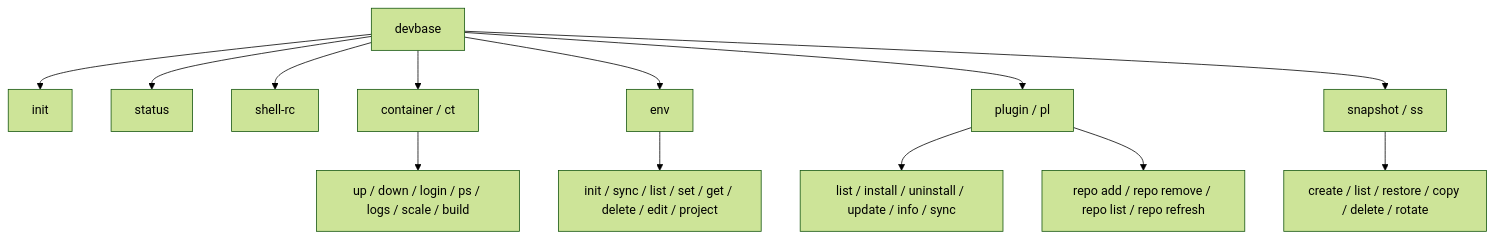
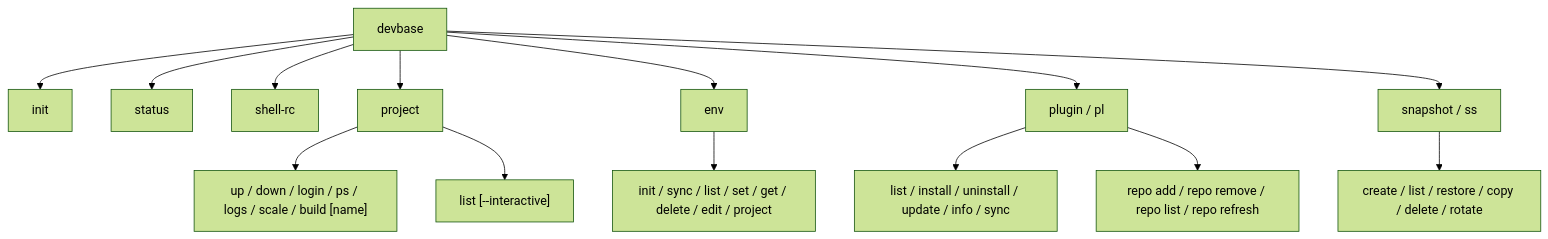
The diagram in docs/user/cli-reference.md (devbasex/devbase), drawn with Mermaid (forest theme) before and after one commit. The commit also changed other lines of this file and 7 other files, not shown here.

````diff
--- a/docs/user/cli-reference.md
+++ b/docs/user/cli-reference.md
@@ -9,15 +9,16 @@
 ```mermaid
 graph TD
     A[devbase] --> B[init]
     A --> C[status]
     A --> H[shell-rc]
-    A --> D[container / ct]
+    A --> D[project]
     A --> E[env]
     A --> F[plugin / pl]
     A --> G[snapshot / ss]
-    D --> D1[up / down / login / ps / logs / scale / build]
+    D --> D1["up / down / login / ps / logs / scale / build [name]"]
+    D --> D2["list [--interactive]"]
     E --> E1[init / sync / list / set / get / delete / edit / project]
     F --> F1[list / install / uninstall / update / info / sync]
     F --> F2[repo add / repo remove / repo list / repo refresh]
     G --> G1[create / list / restore / copy / delete / rotate]
 ```
````
